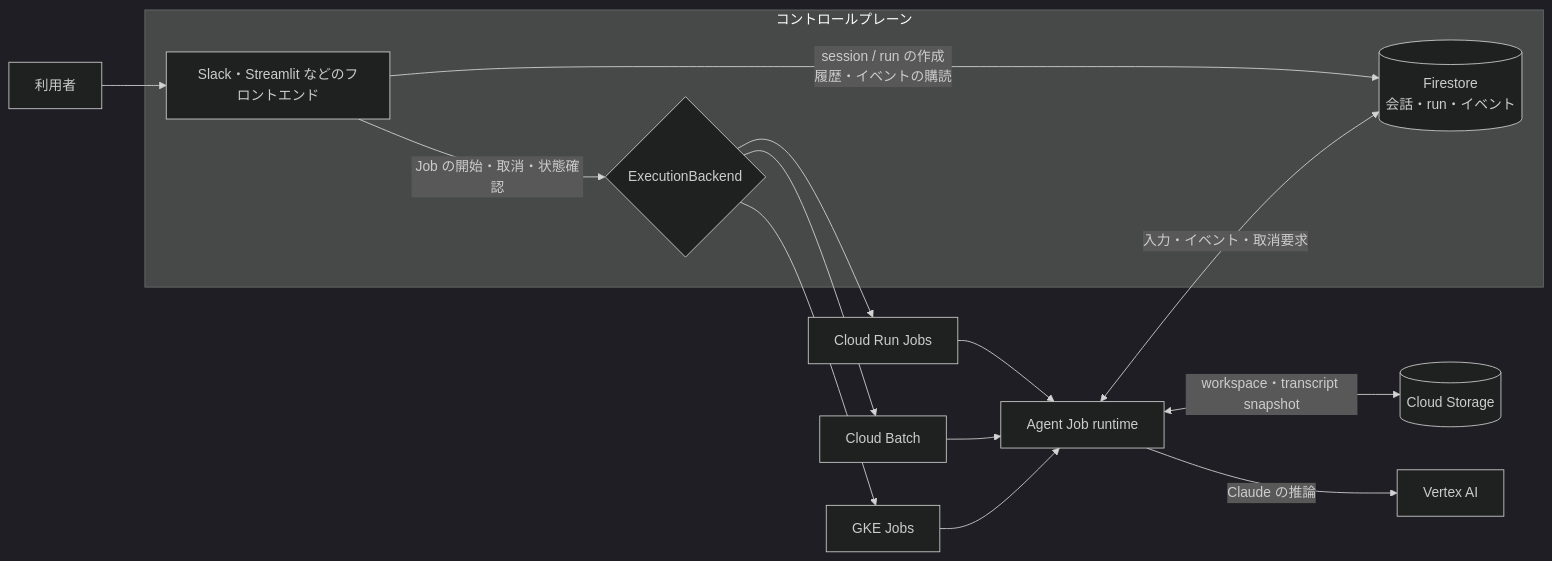
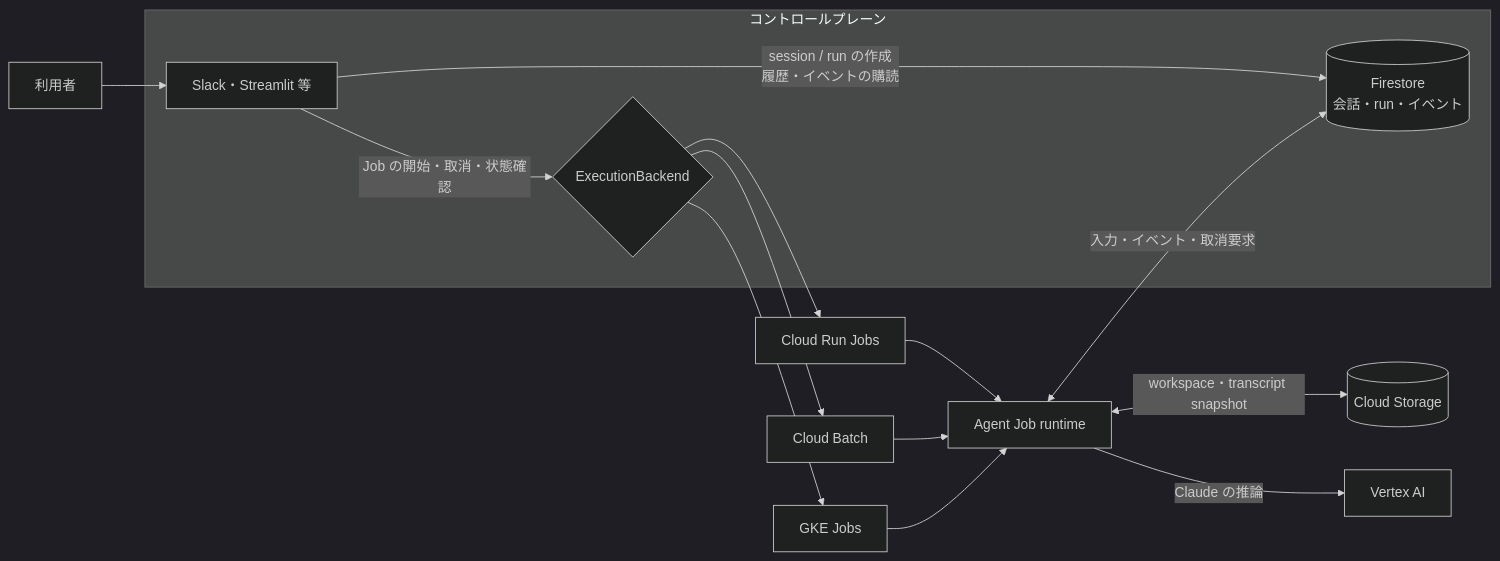
Before and after one commit to 74th/claudeagentsdk-cloudrun-hosting: the diagram in README.md, drawn with Mermaid (dark theme).

Commit message:
docs: shorten frontend diagram label

````diff
--- a/README.md
+++ b/README.md
@@ -17,21 +17,21 @@
 ```mermaid
 flowchart LR
-    User[利用者] --> Frontend[Slack・Streamlit などのフロントエンド]
+    User[利用者] --> Frontend[Slack・Streamlit 等]
 
     subgraph Control[コントロールプレーン]
         Frontend -->|session / run の作成<br/>履歴・イベントの購読| Firestore[(Firestore<br/>会話・run・イベント)]
         Frontend -->|Job の開始・取消・状態確認| Backend{ExecutionBackend}
     end
 
     Backend --> CloudRun[Cloud Run Jobs]
     Backend --> Batch[Cloud Batch]
     Backend --> GKE[GKE Jobs]
 
     CloudRun --> Runtime[Agent Job runtime]
     Batch --> Runtime
     GKE --> Runtime
 
     Runtime <-->|入力・イベント・取消要求| Firestore
     Runtime <-->|workspace・transcript snapshot| GCS[(Cloud Storage)]
     Runtime -->|Claude の推論| Vertex[Vertex AI]
 ```
````
